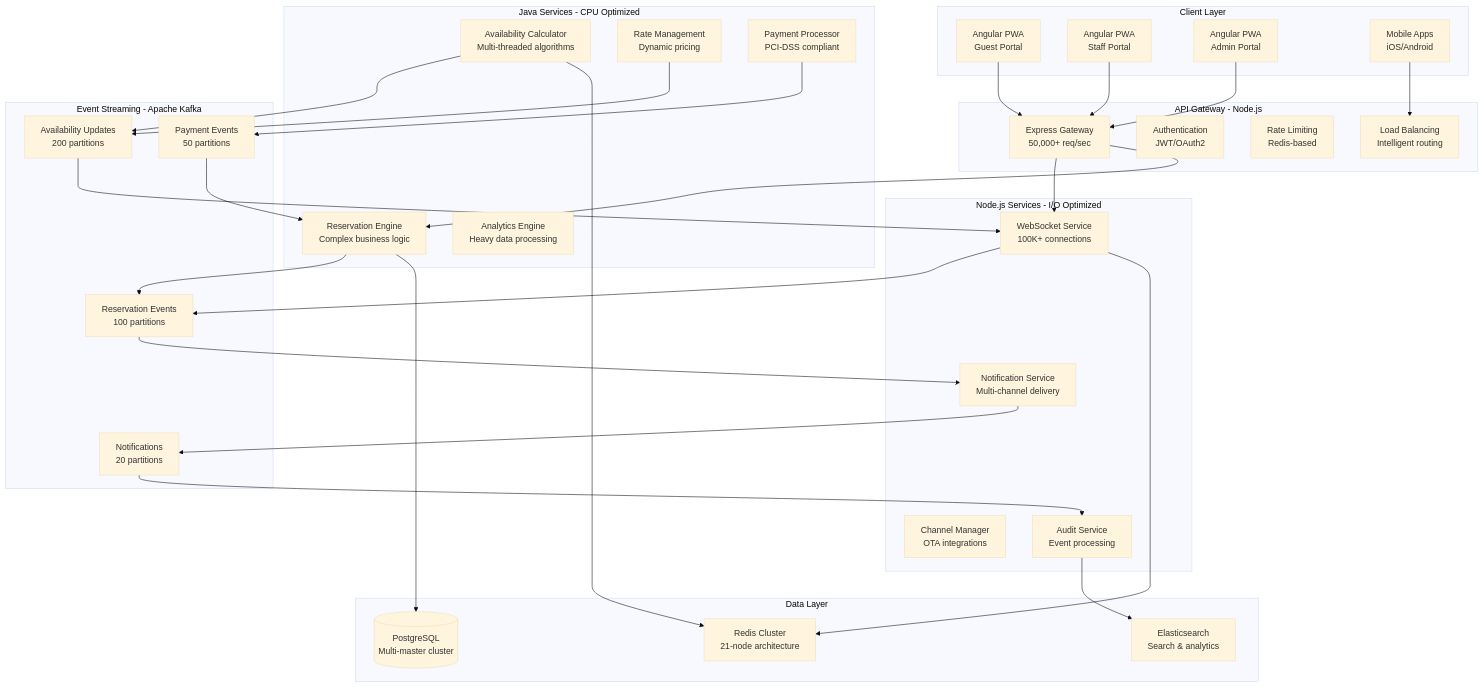
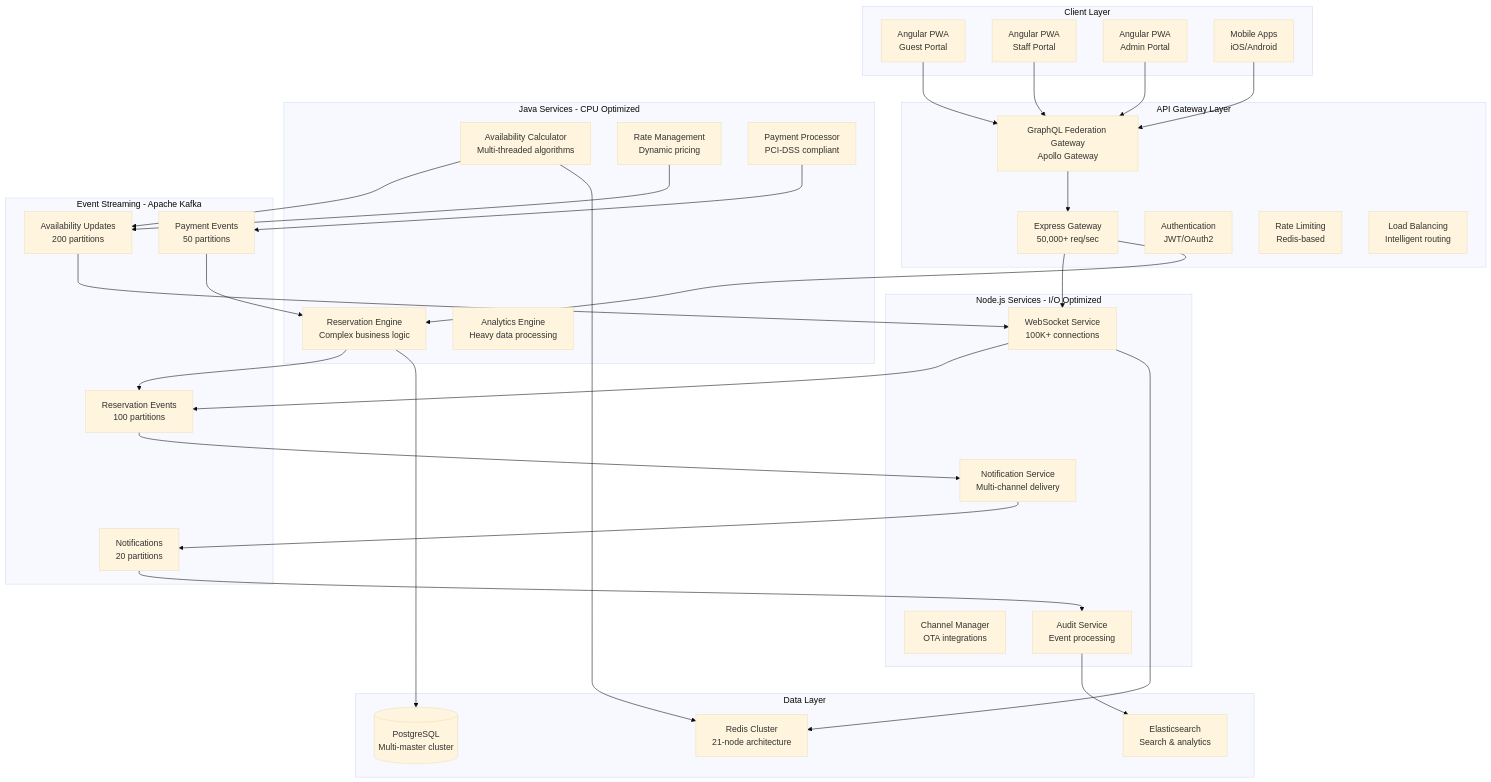
Before and after one commit to red2n/modern-reservation: the first of 5 diagrams in README.md, drawn with Mermaid (base theme). The commit also changed other lines of this file and 1 other file, not shown here.

Commit message:
Enhance README.md and Product Requirements Document with GraphQL Federation details, including architecture, performance metrics, and real-time capabilities to improve clarity and understanding of the system's data handling and optimization strategies.

````diff
--- a/README.md
+++ b/README.md
@@ -30,69 +33,71 @@
 ```mermaid
 graph TB
     subgraph "Client Layer"
         A1[Angular PWA<br/>Guest Portal]
         A2[Angular PWA<br/>Staff Portal]
         A3[Angular PWA<br/>Admin Portal]
         A4[Mobile Apps<br/>iOS/Android]
     end
 
-    subgraph "API Gateway - Node.js"
-        B1[Express Gateway<br/>50,000+ req/sec]
-        B2[Authentication<br/>JWT/OAuth2]
-        B3[Rate Limiting<br/>Redis-based]
-        B4[Load Balancing<br/>Intelligent routing]
+    subgraph "API Gateway Layer"
+        B1[GraphQL Federation Gateway<br/>Apollo Gateway]
+        B2[Express Gateway<br/>50,000+ req/sec]
+        B3[Authentication<br/>JWT/OAuth2]
+        B4[Rate Limiting<br/>Redis-based]
+        B5[Load Balancing<br/>Intelligent routing]
     end
 
     subgraph "Node.js Services - I/O Optimized"
         N1[WebSocket Service<br/>100K+ connections]
         N2[Notification Service<br/>Multi-channel delivery]
         N3[Channel Manager<br/>OTA integrations]
         N4[Audit Service<br/>Event processing]
     end
 
     subgraph "Java Services - CPU Optimized"
         J1[Reservation Engine<br/>Complex business logic]
         J2[Availability Calculator<br/>Multi-threaded algorithms]
         J3[Rate Management<br/>Dynamic pricing]
         J4[Payment Processor<br/>PCI-DSS compliant]
         J5[Analytics Engine<br/>Heavy data processing]
     end
 
     subgraph "Event Streaming - Apache Kafka"
         K1[Reservation Events<br/>100 partitions]
         K2[Payment Events<br/>50 partitions]
         K3[Availability Updates<br/>200 partitions]
         K4[Notifications<br/>20 partitions]
     end
 
     subgraph "Data Layer"
         D1[(PostgreSQL<br/>Multi-master cluster)]
         D2[Redis Cluster<br/>21-node architecture]
         D3[Elasticsearch<br/>Search & analytics]
     end
 
     A1 --> B1
     A2 --> B1
     A3 --> B1
-    A4 --> B4
+    A4 --> B1
 
-    B1 --> N1
-    B1 --> J1
+    B1 --> B2
+    B2 --> N1
+    B2 --> J1
 
     N1 --> K1
     N2 --> K4
     J1 --> K1
     J2 --> K3
     J3 --> K3
     J4 --> K2
 
     K1 --> N2
     K2 --> J1
     K3 --> N1
     K4 --> N4
 
     J1 --> D1
     J2 --> D2
     N1 --> D2
     N4 --> D3
 ```
````
